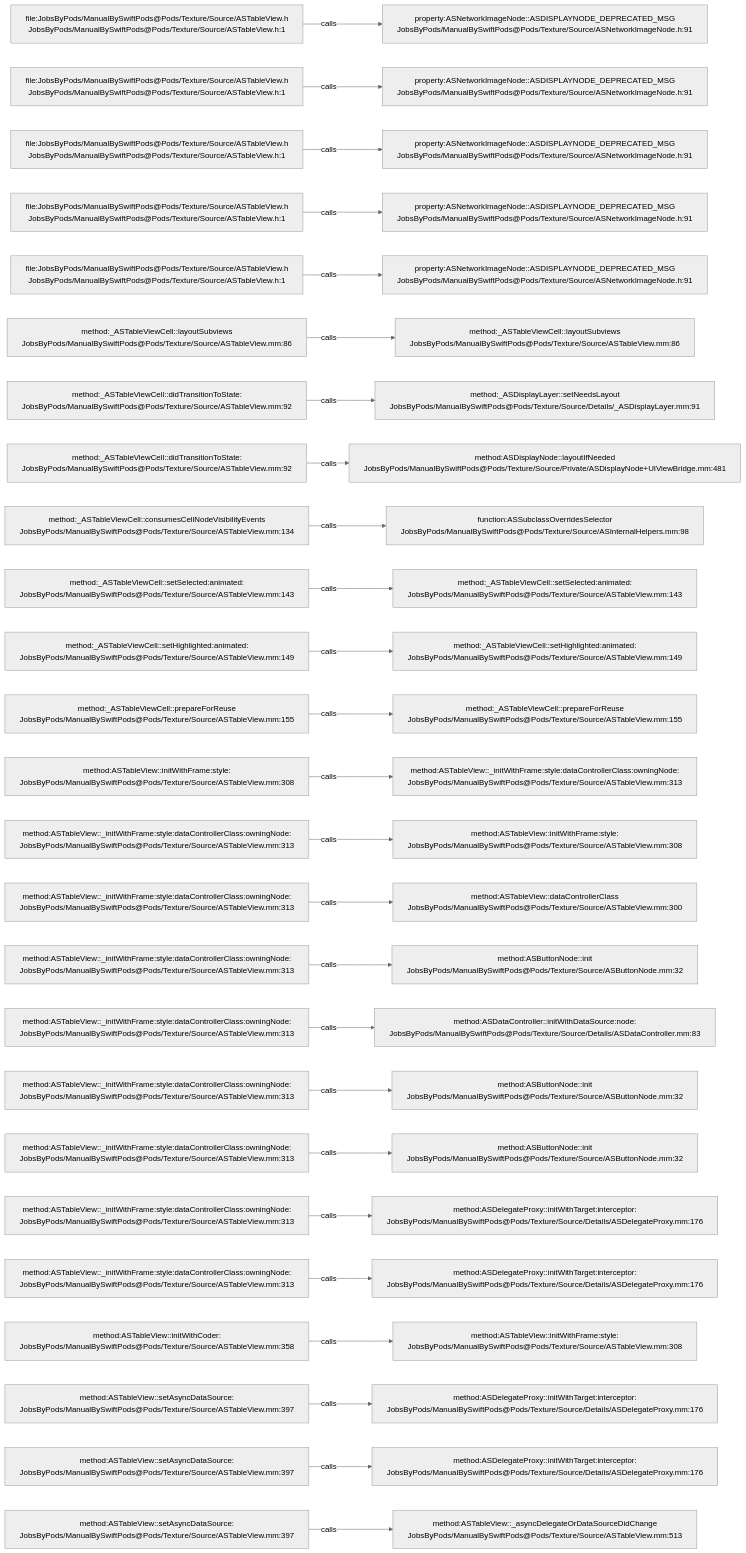
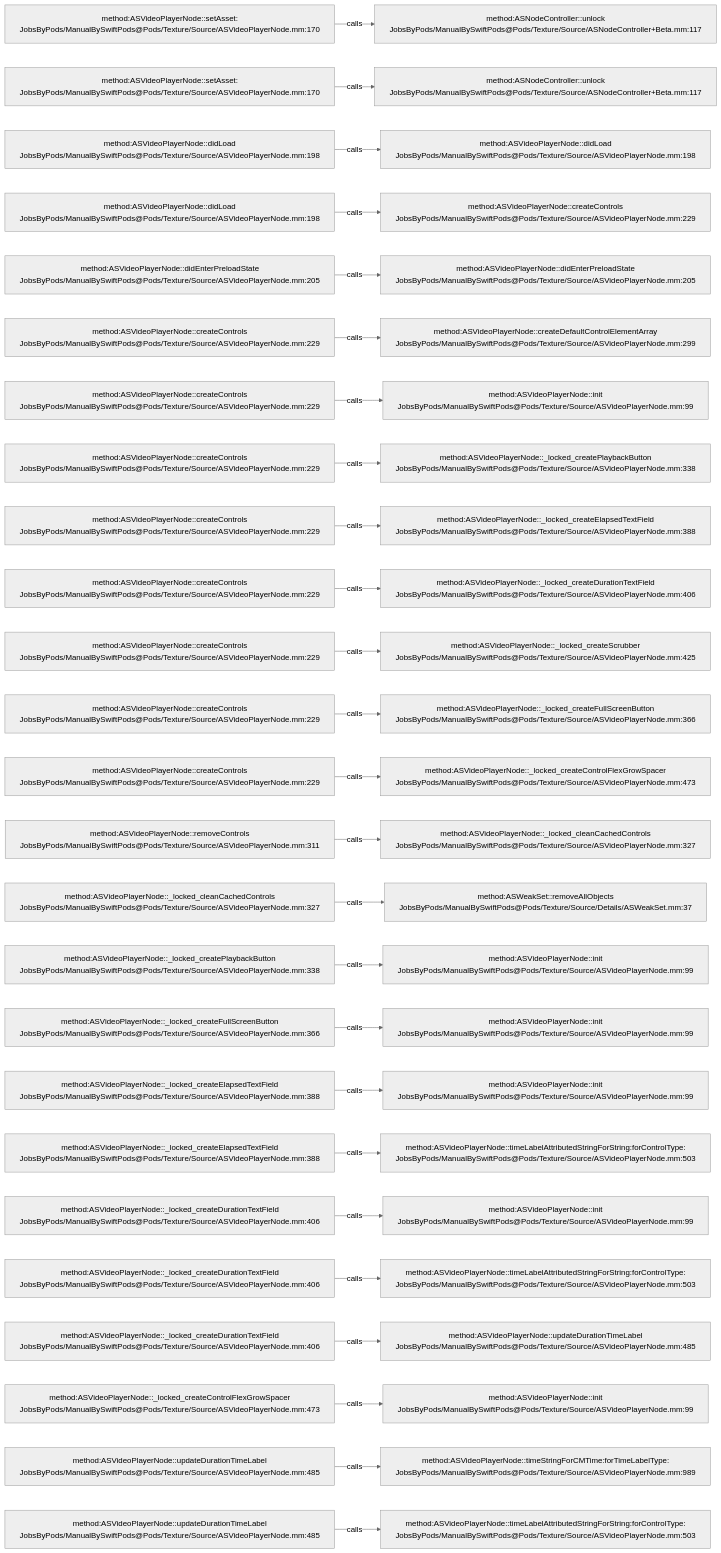
One commit to JobsKits/JobsSwiftBaseConfigDemo changed the diagram in .codegraph/codegraph.md/graphs/calls-077.md. Above: the diagram before and after it, drawn with Mermaid (neutral theme). The commit also changed 832 other files, not shown here.

````diff
--- a/.codegraph/codegraph.md/graphs/calls-077.md
+++ b/.codegraph/codegraph.md/graphs/calls-077.md
@@ -13,78 +13,78 @@
 ```mermaid
 flowchart LR
-  S1["file:JobsByPods/ManualBySwiftPods@Pods/Texture/Source/ASTableView.h<br/>JobsByPods/ManualBySwiftPods@Pods/Texture/Source/ASTableView.h:1"]
-  T1["property:ASNetworkImageNode::ASDISPLAYNODE_DEPRECATED_MSG<br/>JobsByPods/ManualBySwiftPods@Pods/Texture/Source/ASNetworkImageNode.h:91"]
+  S1["method:ASVideoPlayerNode::setAsset:<br/>JobsByPods/ManualBySwiftPods@Pods/Texture/Source/ASVideoPlayerNode.mm:170"]
+  T1["method:ASNodeController::unlock<br/>JobsByPods/ManualBySwiftPods@Pods/Texture/Source/ASNodeController+Beta.mm:117"]
   S1 -->|calls| T1
-  S2["file:JobsByPods/ManualBySwiftPods@Pods/Texture/Source/ASTableView.h<br/>JobsByPods/ManualBySwiftPods@Pods/Texture/Source/ASTableView.h:1"]
-  T2["property:ASNetworkImageNode::ASDISPLAYNODE_DEPRECATED_MSG<br/>JobsByPods/ManualBySwiftPods@Pods/Texture/Source/ASNetworkImageNode.h:91"]
+  S2["method:ASVideoPlayerNode::setAsset:<br/>JobsByPods/ManualBySwiftPods@Pods/Texture/Source/ASVideoPlayerNode.mm:170"]
+  T2["method:ASNodeController::unlock<br/>JobsByPods/ManualBySwiftPods@Pods/Texture/Source/ASNodeController+Beta.mm:117"]
   S2 -->|calls| T2
-  S3["file:JobsByPods/ManualBySwiftPods@Pods/Texture/Source/ASTableView.h<br/>JobsByPods/ManualBySwiftPods@Pods/Texture/Source/ASTableView.h:1"]
-  T3["property:ASNetworkImageNode::ASDISPLAYNODE_DEPRECATED_MSG<br/>JobsByPods/ManualBySwiftPods@Pods/Texture/Source/ASNetworkImageNode.h:91"]
+  S3["method:ASVideoPlayerNode::didLoad<br/>JobsByPods/ManualBySwiftPods@Pods/Texture/Source/ASVideoPlayerNode.mm:198"]
+  T3["method:ASVideoPlayerNode::didLoad<br/>JobsByPods/ManualBySwiftPods@Pods/Texture/Source/ASVideoPlayerNode.mm:198"]
   S3 -->|calls| T3
-  S4["file:JobsByPods/ManualBySwiftPods@Pods/Texture/Source/ASTableView.h<br/>JobsByPods/ManualBySwiftPods@Pods/Texture/Source/ASTableView.h:1"]
-  T4["property:ASNetworkImageNode::ASDISPLAYNODE_DEPRECATED_MSG<br/>JobsByPods/ManualBySwiftPods@Pods/Texture/Source/ASNetworkImageNode.h:91"]
+  S4["method:ASVideoPlayerNode::didLoad<br/>JobsByPods/ManualBySwiftPods@Pods/Texture/Source/ASVideoPlayerNode.mm:198"]
+  T4["method:ASVideoPlayerNode::createControls<br/>JobsByPods/ManualBySwiftPods@Pods/Texture/Source/ASVideoPlayerNode.mm:229"]
   S4 -->|calls| T4
-  S5["file:JobsByPods/ManualBySwiftPods@Pods/Texture/Source/ASTableView.h<br/>JobsByPods/ManualBySwiftPods@Pods/Texture/Source/ASTableView.h:1"]
-  T5["property:ASNetworkImageNode::ASDISPLAYNODE_DEPRECATED_MSG<br/>JobsByPods/ManualBySwiftPods@Pods/Texture/Source/ASNetworkImageNode.h:91"]
+  S5["method:ASVideoPlayerNode::didEnterPreloadState<br/>JobsByPods/ManualBySwiftPods@Pods/Texture/Source/ASVideoPlayerNode.mm:205"]
+  T5["method:ASVideoPlayerNode::didEnterPreloadState<br/>JobsByPods/ManualBySwiftPods@Pods/Texture/Source/ASVideoPlayerNode.mm:205"]
   S5 -->|calls| T5
-  S6["method:_ASTableViewCell::layoutSubviews<br/>JobsByPods/ManualBySwiftPods@Pods/Texture/Source/ASTableView.mm:86"]
-  T6["method:_ASTableViewCell::layoutSubviews<br/>JobsByPods/ManualBySwiftPods@Pods/Texture/Source/ASTableView.mm:86"]
+  S6["method:ASVideoPlayerNode::createControls<br/>JobsByPods/ManualBySwiftPods@Pods/Texture/Source/ASVideoPlayerNode.mm:229"]
+  T6["method:ASVideoPlayerNode::createDefaultControlElementArray<br/>JobsByPods/ManualBySwiftPods@Pods/Texture/Source/ASVideoPlayerNode.mm:299"]
   S6 -->|calls| T6
-  S7["method:_ASTableViewCell::didTransitionToState:<br/>JobsByPods/ManualBySwiftPods@Pods/Texture/Source/ASTableView.mm:92"]
-  T7["method:_ASDisplayLayer::setNeedsLayout<br/>JobsByPods/ManualBySwiftPods@Pods/Texture/Source/Details/_ASDisplayLayer.mm:91"]
+  S7["method:ASVideoPlayerNode::createControls<br/>JobsByPods/ManualBySwiftPods@Pods/Texture/Source/ASVideoPlayerNode.mm:229"]
+  T7["method:ASVideoPlayerNode::init<br/>JobsByPods/ManualBySwiftPods@Pods/Texture/Source/ASVideoPlayerNode.mm:99"]
   S7 -->|calls| T7
-  S8["method:_ASTableViewCell::didTransitionToState:<br/>JobsByPods/ManualBySwiftPods@Pods/Texture/Source/ASTableView.mm:92"]
-  T8["method:ASDisplayNode::layoutIfNeeded<br/>JobsByPods/ManualBySwiftPods@Pods/Texture/Source/Private/ASDisplayNode+UIViewBridge.mm:481"]
+  S8["method:ASVideoPlayerNode::createControls<br/>JobsByPods/ManualBySwiftPods@Pods/Texture/Source/ASVideoPlayerNode.mm:229"]
+  T8["method:ASVideoPlayerNode::_locked_createPlaybackButton<br/>JobsByPods/ManualBySwiftPods@Pods/Texture/Source/ASVideoPlayerNode.mm:338"]
   S8 -->|calls| T8
-  S9["method:_ASTableViewCell::consumesCellNodeVisibilityEvents<br/>JobsByPods/ManualBySwiftPods@Pods/Texture/Source/ASTableView.mm:134"]
-  T9["function:ASSubclassOverridesSelector<br/>JobsByPods/ManualBySwiftPods@Pods/Texture/Source/ASInternalHelpers.mm:98"]
+  S9["method:ASVideoPlayerNode::createControls<br/>JobsByPods/ManualBySwiftPods@Pods/Texture/Source/ASVideoPlayerNode.mm:229"]
+  T9["method:ASVideoPlayerNode::_locked_createElapsedTextField<br/>JobsByPods/ManualBySwiftPods@Pods/Texture/Source/ASVideoPlayerNode.mm:388"]
   S9 -->|calls| T9
-  S10["method:_ASTableViewCell::setSelected:animated:<br/>JobsByPods/ManualBySwiftPods@Pods/Texture/Source/ASTableView.mm:143"]
-  T10["method:_ASTableViewCell::setSelected:animated:<br/>JobsByPods/ManualBySwiftPods@Pods/Texture/Source/ASTableView.mm:143"]
+  S10["method:ASVideoPlayerNode::createControls<br/>JobsByPods/ManualBySwiftPods@Pods/Texture/Source/ASVideoPlayerNode.mm:229"]
+  T10["method:ASVideoPlayerNode::_locked_createDurationTextField<br/>JobsByPods/ManualBySwiftPods@Pods/Texture/Source/ASVideoPlayerNode.mm:406"]
   S10 -->|calls| T10
-  S11["method:_ASTableViewCell::setHighlighted:animated:<br/>JobsByPods/ManualBySwiftPods@Pods/Texture/Source/ASTableView.mm:149"]
-  T11["method:_ASTableViewCell::setHighlighted:animated:<br/>JobsByPods/ManualBySwiftPods@Pods/Texture/Source/ASTableView.mm:149"]
+  S11["method:ASVideoPlayerNode::createControls<br/>JobsByPods/ManualBySwiftPods@Pods/Texture/Source/ASVideoPlayerNode.mm:229"]
+  T11["method:ASVideoPlayerNode::_locked_createScrubber<br/>JobsByPods/ManualBySwiftPods@Pods/Texture/Source/ASVideoPlayerNode.mm:425"]
   S11 -->|calls| T11
-  S12["method:_ASTableViewCell::prepareForReuse<br/>JobsByPods/ManualBySwiftPods@Pods/Texture/Source/ASTableView.mm:155"]
-  T12["method:_ASTableViewCell::prepareForReuse<br/>JobsByPods/ManualBySwiftPods@Pods/Texture/Source/ASTableView.mm:155"]
+  S12["method:ASVideoPlayerNode::createControls<br/>JobsByPods/ManualBySwiftPods@Pods/Texture/Source/ASVideoPlayerNode.mm:229"]
+  T12["method:ASVideoPlayerNode::_locked_createFullScreenButton<br/>JobsByPods/ManualBySwiftPods@Pods/Texture/Source/ASVideoPlayerNode.mm:366"]
   S12 -->|calls| T12
-  S13["method:ASTableView::initWithFrame:style:<br/>JobsByPods/ManualBySwiftPods@Pods/Texture/Source/ASTableView.mm:308"]
-  T13["method:ASTableView::_initWithFrame:style:dataControllerClass:owningNode:<br/>JobsByPods/ManualBySwiftPods@Pods/Texture/Source/ASTableView.mm:313"]
+  S13["method:ASVideoPlayerNode::createControls<br/>JobsByPods/ManualBySwiftPods@Pods/Texture/Source/ASVideoPlayerNode.mm:229"]
+  T13["method:ASVideoPlayerNode::_locked_createControlFlexGrowSpacer<br/>JobsByPods/ManualBySwiftPods@Pods/Texture/Source/ASVideoPlayerNode.mm:473"]
   S13 -->|calls| T13
-  S14["method:ASTableView::_initWithFrame:style:dataControllerClass:owningNode:<br/>JobsByPods/ManualBySwiftPods@Pods/Texture/Source/ASTableView.mm:313"]
-  T14["method:ASTableView::initWithFrame:style:<br/>JobsByPods/ManualBySwiftPods@Pods/Texture/Source/ASTableView.mm:308"]
+  S14["method:ASVideoPlayerNode::removeControls<br/>JobsByPods/ManualBySwiftPods@Pods/Texture/Source/ASVideoPlayerNode.mm:311"]
+  T14["method:ASVideoPlayerNode::_locked_cleanCachedControls<br/>JobsByPods/ManualBySwiftPods@Pods/Texture/Source/ASVideoPlayerNode.mm:327"]
   S14 -->|calls| T14
-  S15["method:ASTableView::_initWithFrame:style:dataControllerClass:owningNode:<br/>JobsByPods/ManualBySwiftPods@Pods/Texture/Source/ASTableView.mm:313"]
-  T15["method:ASTableView::dataControllerClass<br/>JobsByPods/ManualBySwiftPods@Pods/Texture/Source/ASTableView.mm:300"]
+  S15["method:ASVideoPlayerNode::_locked_cleanCachedControls<br/>JobsByPods/ManualBySwiftPods@Pods/Texture/Source/ASVideoPlayerNode.mm:327"]
+  T15["method:ASWeakSet::removeAllObjects<br/>JobsByPods/ManualBySwiftPods@Pods/Texture/Source/Details/ASWeakSet.mm:37"]
   S15 -->|calls| T15
-  S16["method:ASTableView::_initWithFrame:style:dataControllerClass:owningNode:<br/>JobsByPods/ManualBySwiftPods@Pods/Texture/Source/ASTableView.mm:313"]
-  T16["method:ASButtonNode::init<br/>JobsByPods/ManualBySwiftPods@Pods/Texture/Source/ASButtonNode.mm:32"]
+  S16["method:ASVideoPlayerNode::_locked_createPlaybackButton<br/>JobsByPods/ManualBySwiftPods@Pods/Texture/Source/ASVideoPlayerNode.mm:338"]
+  T16["method:ASVideoPlayerNode::init<br/>JobsByPods/ManualBySwiftPods@Pods/Texture/Source/ASVideoPlayerNode.mm:99"]
   S16 -->|calls| T16
-  S17["method:ASTableView::_initWithFrame:style:dataControllerClass:owningNode:<br/>JobsByPods/ManualBySwiftPods@Pods/Texture/Source/ASTableView.mm:313"]
-  T17["method:ASDataController::initWithDataSource:node:<br/>JobsByPods/ManualBySwiftPods@Pods/Texture/Source/Details/ASDataController.mm:83"]
+  S17["method:ASVideoPlayerNode::_locked_createFullScreenButton<br/>JobsByPods/ManualBySwiftPods@Pods/Texture/Source/ASVideoPlayerNode.mm:366"]
+  T17["method:ASVideoPlayerNode::init<br/>JobsByPods/ManualBySwiftPods@Pods/Texture/Source/ASVideoPlayerNode.mm:99"]
   S17 -->|calls| T17
-  S18["method:ASTableView::_initWithFrame:style:dataControllerClass:owningNode:<br/>JobsByPods/ManualBySwiftPods@Pods/Texture/Source/ASTableView.mm:313"]
-  T18["method:ASButtonNode::init<br/>JobsByPods/ManualBySwiftPods@Pods/Texture/Source/ASButtonNode.mm:32"]
+  S18["method:ASVideoPlayerNode::_locked_createElapsedTextField<br/>JobsByPods/ManualBySwiftPods@Pods/Texture/Source/ASVideoPlayerNode.mm:388"]
+  T18["method:ASVideoPlayerNode::init<br/>JobsByPods/ManualBySwiftPods@Pods/Texture/Source/ASVideoPlayerNode.mm:99"]
   S18 -->|calls| T18
-  S19["method:ASTableView::_initWithFrame:style:dataControllerClass:owningNode:<br/>JobsByPods/ManualBySwiftPods@Pods/Texture/Source/ASTableView.mm:313"]
-  T19["method:ASButtonNode::init<br/>JobsByPods/ManualBySwiftPods@Pods/Texture/Source/ASButtonNode.mm:32"]
+  S19["method:ASVideoPlayerNode::_locked_createElapsedTextField<br/>JobsByPods/ManualBySwiftPods@Pods/Texture/Source/ASVideoPlayerNode.mm:388"]
+  T19["method:ASVideoPlayerNode::timeLabelAttributedStringForString:forControlType:<br/>JobsByPods/ManualBySwiftPods@Pods/Texture/Source/ASVideoPlayerNode.mm:503"]
   S19 -->|calls| T19
-  S20["method:ASTableView::_initWithFrame:style:dataControllerClass:owningNode:<br/>JobsByPods/ManualBySwiftPods@Pods/Texture/Source/ASTableView.mm:313"]
-  T20["method:ASDelegateProxy::initWithTarget:interceptor:<br/>JobsByPods/ManualBySwiftPods@Pods/Texture/Source/Details/ASDelegateProxy.mm:176"]
+  S20["method:ASVideoPlayerNode::_locked_createDurationTextField<br/>JobsByPods/ManualBySwiftPods@Pods/Texture/Source/ASVideoPlayerNode.mm:406"]
+  T20["method:ASVideoPlayerNode::init<br/>JobsByPods/ManualBySwiftPods@Pods/Texture/Source/ASVideoPlayerNode.mm:99"]
   S20 -->|calls| T20
-  S21["method:ASTableView::_initWithFrame:style:dataControllerClass:owningNode:<br/>JobsByPods/ManualBySwiftPods@Pods/Texture/Source/ASTableView.mm:313"]
-  T21["method:ASDelegateProxy::initWithTarget:interceptor:<br/>JobsByPods/ManualBySwiftPods@Pods/Texture/Source/Details/ASDelegateProxy.mm:176"]
+  S21["method:ASVideoPlayerNode::_locked_createDurationTextField<br/>JobsByPods/ManualBySwiftPods@Pods/Texture/Source/ASVideoPlayerNode.mm:406"]
+  T21["method:ASVideoPlayerNode::timeLabelAttributedStringForString:forControlType:<br/>JobsByPods/ManualBySwiftPods@Pods/Texture/Source/ASVideoPlayerNode.mm:503"]
   S21 -->|calls| T21
-  S22["method:ASTableView::initWithCoder:<br/>JobsByPods/ManualBySwiftPods@Pods/Texture/Source/ASTableView.mm:358"]
-  T22["method:ASTableView::initWithFrame:style:<br/>JobsByPods/ManualBySwiftPods@Pods/Texture/Source/ASTableView.mm:308"]
+  S22["method:ASVideoPlayerNode::_locked_createDurationTextField<br/>JobsByPods/ManualBySwiftPods@Pods/Texture/Source/ASVideoPlayerNode.mm:406"]
+  T22["method:ASVideoPlayerNode::updateDurationTimeLabel<br/>JobsByPods/ManualBySwiftPods@Pods/Texture/Source/ASVideoPlayerNode.mm:485"]
   S22 -->|calls| T22
-  S23["method:ASTableView::setAsyncDataSource:<br/>JobsByPods/ManualBySwiftPods@Pods/Texture/Source/ASTableView.mm:397"]
-  T23["method:ASDelegateProxy::initWithTarget:interceptor:<br/>JobsByPods/ManualBySwiftPods@Pods/Texture/Source/Details/ASDelegateProxy.mm:176"]
+  S23["method:ASVideoPlayerNode::_locked_createControlFlexGrowSpacer<br/>JobsByPods/ManualBySwiftPods@Pods/Texture/Source/ASVideoPlayerNode.mm:473"]
+  T23["method:ASVideoPlayerNode::init<br/>JobsByPods/ManualBySwiftPods@Pods/Texture/Source/ASVideoPlayerNode.mm:99"]
   S23 -->|calls| T23
-  S24["method:ASTableView::setAsyncDataSource:<br/>JobsByPods/ManualBySwiftPods@Pods/Texture/Source/ASTableView.mm:397"]
-  T24["method:ASDelegateProxy::initWithTarget:interceptor:<br/>JobsByPods/ManualBySwiftPods@Pods/Texture/Source/Details/ASDelegateProxy.mm:176"]
+  S24["method:ASVideoPlayerNode::updateDurationTimeLabel<br/>JobsByPods/ManualBySwiftPods@Pods/Texture/Source/ASVideoPlayerNode.mm:485"]
+  T24["method:ASVideoPlayerNode::timeStringForCMTime:forTimeLabelType:<br/>JobsByPods/ManualBySwiftPods@Pods/Texture/Source/ASVideoPlayerNode.mm:989"]
   S24 -->|calls| T24
-  S25["method:ASTableView::setAsyncDataSource:<br/>JobsByPods/ManualBySwiftPods@Pods/Texture/Source/ASTableView.mm:397"]
-  T25["method:ASTableView::_asyncDelegateOrDataSourceDidChange<br/>JobsByPods/ManualBySwiftPods@Pods/Texture/Source/ASTableView.mm:513"]
+  S25["method:ASVideoPlayerNode::updateDurationTimeLabel<br/>JobsByPods/ManualBySwiftPods@Pods/Texture/Source/ASVideoPlayerNode.mm:485"]
+  T25["method:ASVideoPlayerNode::timeLabelAttributedStringForString:forControlType:<br/>JobsByPods/ManualBySwiftPods@Pods/Texture/Source/ASVideoPlayerNode.mm:503"]
   S25 -->|calls| T25
 ```
````
